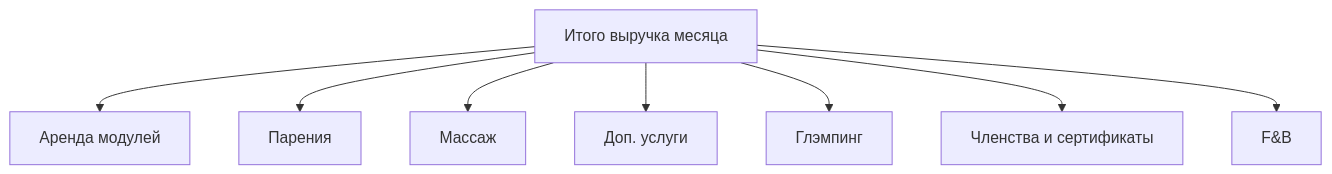
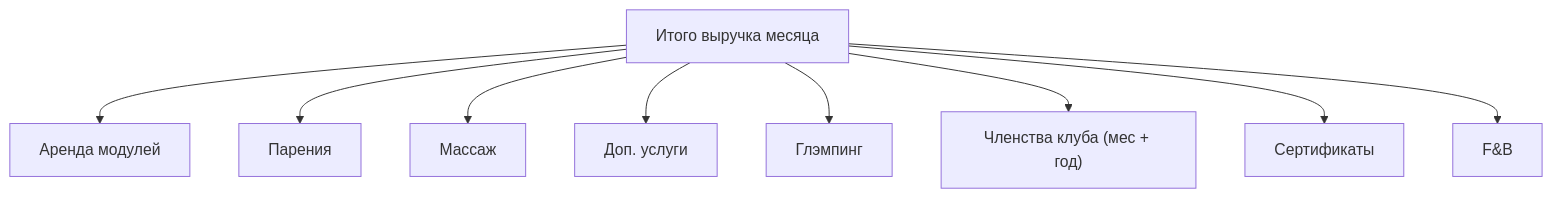
One commit to ampulex-23/aura-hills-finmodel changed the fourth of 6 diagrams in src/docs/model-guide.md. Above: the diagram before and after it, drawn with Mermaid. The commit also changed other lines of this file, not shown here.

````diff
--- a/src/docs/model-guide.md
+++ b/src/docs/model-guide.md
@@ -170,11 +177,12 @@
 ```mermaid
 flowchart TD
     T["Итого выручка месяца"]
     T --> R1["Аренда модулей"]
     T --> R2["Парения"]
     T --> R3["Массаж"]
     T --> R4["Доп. услуги"]
     T --> R5["Глэмпинг"]
-    T --> R6["Членства и сертификаты"]
-    T --> R7["F&B"]
+    T --> R6["Членства клуба (мес + год)"]
+    T --> R7["Сертификаты"]
+    T --> R8["F&B"]
 ```
````
